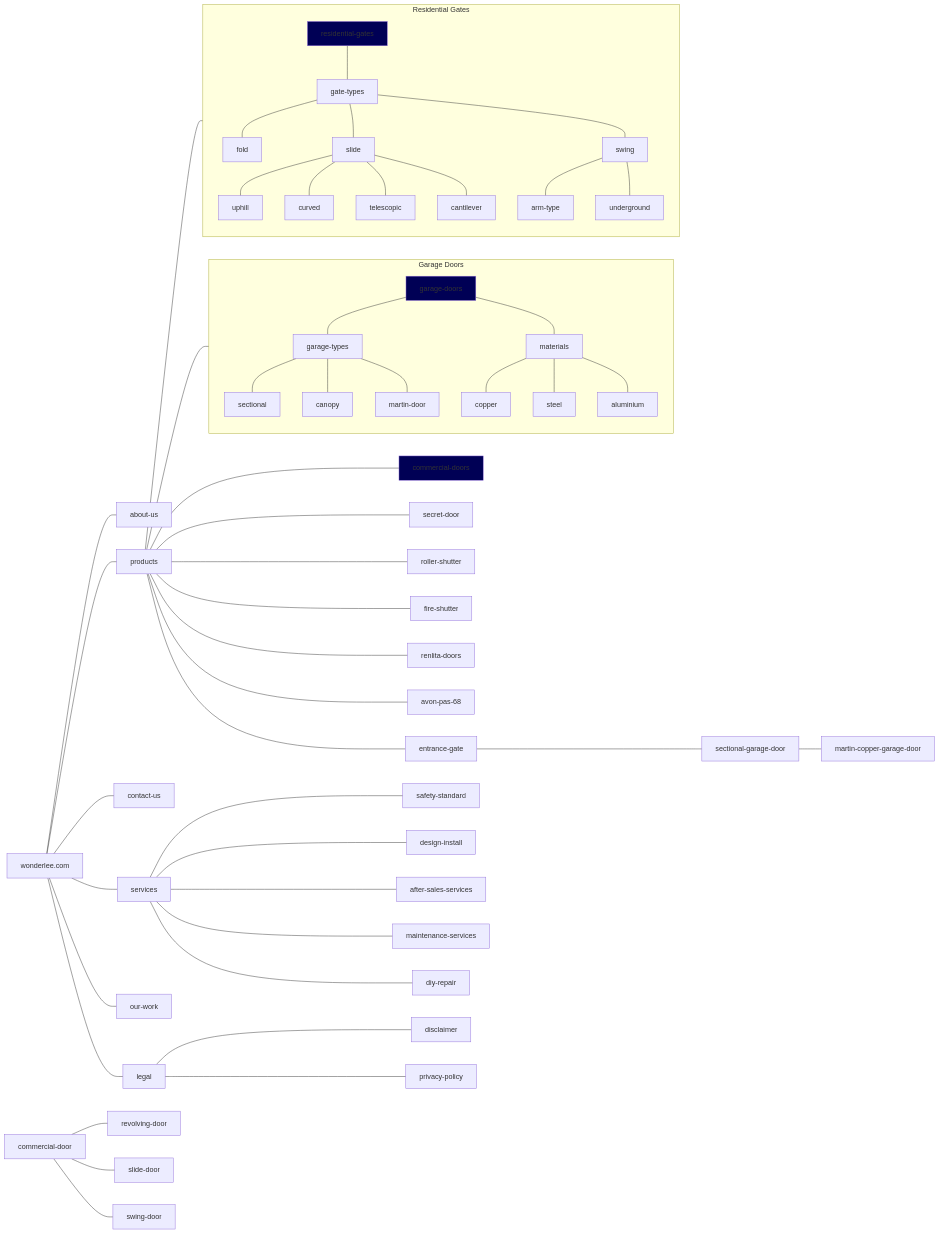
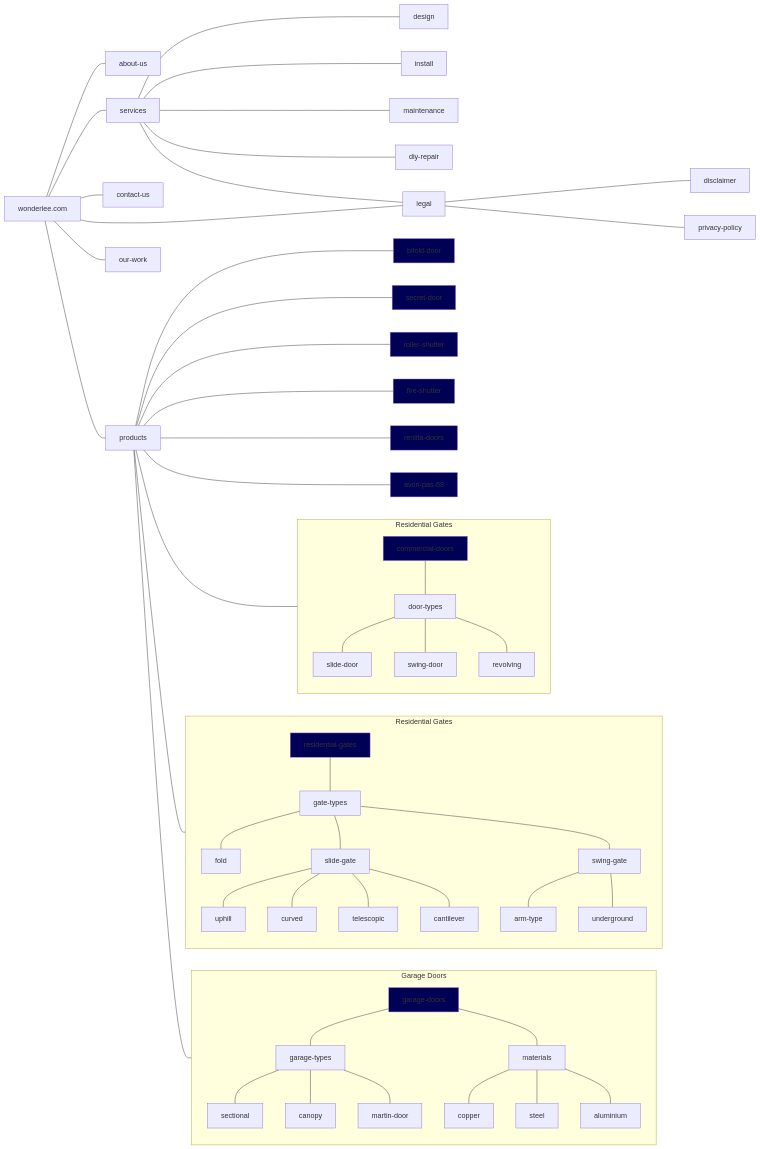
The diagram in apps/wonderlee/static/new_wonderlee_sitemap.md (startino/futino), drawn with Mermaid before and after one commit.

````diff
--- a/apps/wonderlee/static/new_wonderlee_sitemap.md
+++ b/apps/wonderlee/static/new_wonderlee_sitemap.md
@@ -1,42 +1,42 @@
 ```mermaid
 flowchart LR
     domain["wonderlee.com"] --- about-us & services & contact-us & legal & our-work & products
     products --- garage-doors:::page
     subgraph "Garage Doors"
         direction TB
         garage-doors --- garage-types
         garage-types --- sectional & canopy & martin-door
         garage-doors --- materials
         materials --- copper & steel & aluminium
     end
     products --- residential-gates:::page
     subgraph "Residential Gates"
         direction TB
         residential-gates --- gate-types
-        gate-types --- fold & slide & swing
-        slide --- uphill & curved & telescopic & cantilever
-        swing --- arm-type & underground
+        gate-types --- fold & slide-gate & swing-gate
+        slide-gate --- uphill & curved & telescopic & cantilever
+        swing-gate --- arm-type & underground
     end
     products --- commercial-doors:::page
-    commercial-door --- revolving-door
-    commercial-door --- slide-door
-    commercial-door --- swing-door
-    products --- secret-door
-    products --- roller-shutter
-    products --- fire-shutter
-    products --- renlita-doors
-    products --- avon-pas-68
-    products --- entrance-gate
-    entrance-gate --- sectional-garage-door
-    sectional-garage-door --- martin-copper-garage-door
-    services --- safety-standard
-    services --- design-install
-    services --- after-sales-services
-    services --- maintenance-services
+     subgraph "Residential Gates"
+        direction TB
+        commercial-doors --- door-types
+        door-types ---  slide-door & swing-door & revolving
+    end
+    products --- bifold-door:::page
+    products --- secret-door:::page
+    products --- roller-shutter:::page
+    products --- fire-shutter:::page
+    products --- renlita-doors:::page
+    products --- avon-pas-68:::page
+    services --- design
+    services --- install
+    services --- maintenance
     services --- diy-repair
+    services --- 
     legal --- disclaimer
     legal --- privacy-policy
 
     classDef section fill:#005500
     classDef page fill:#000055
 ```
````
